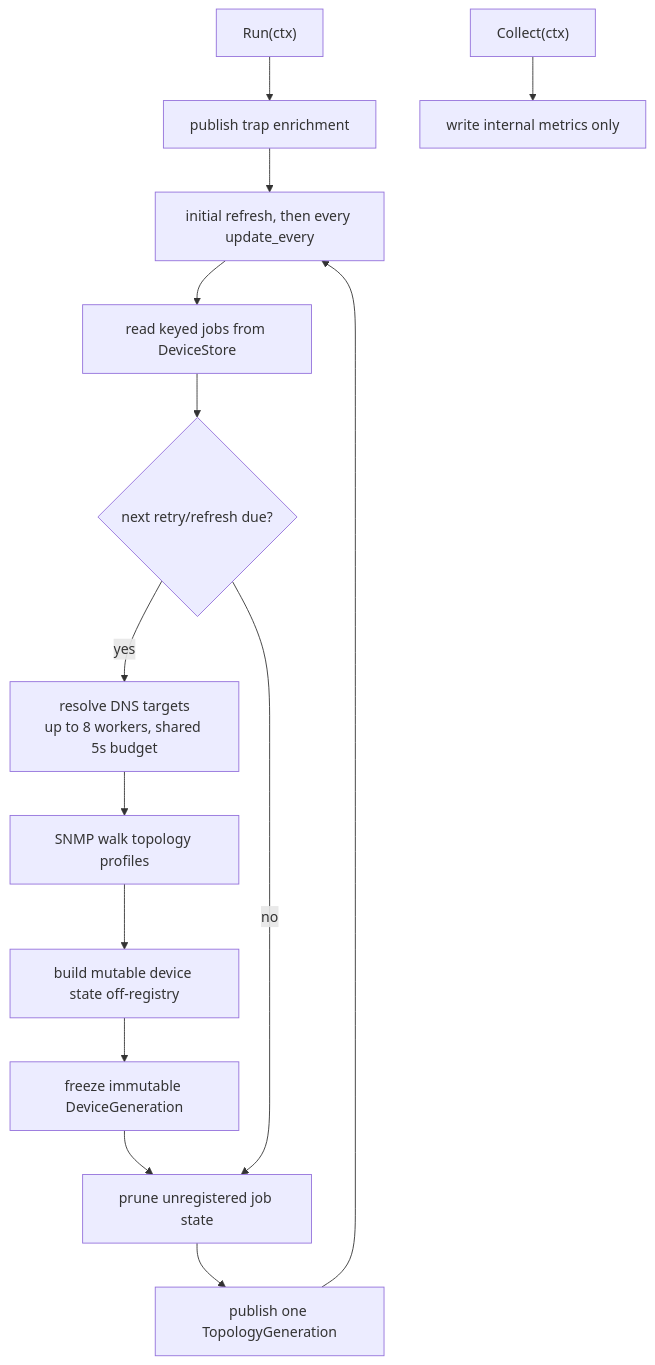
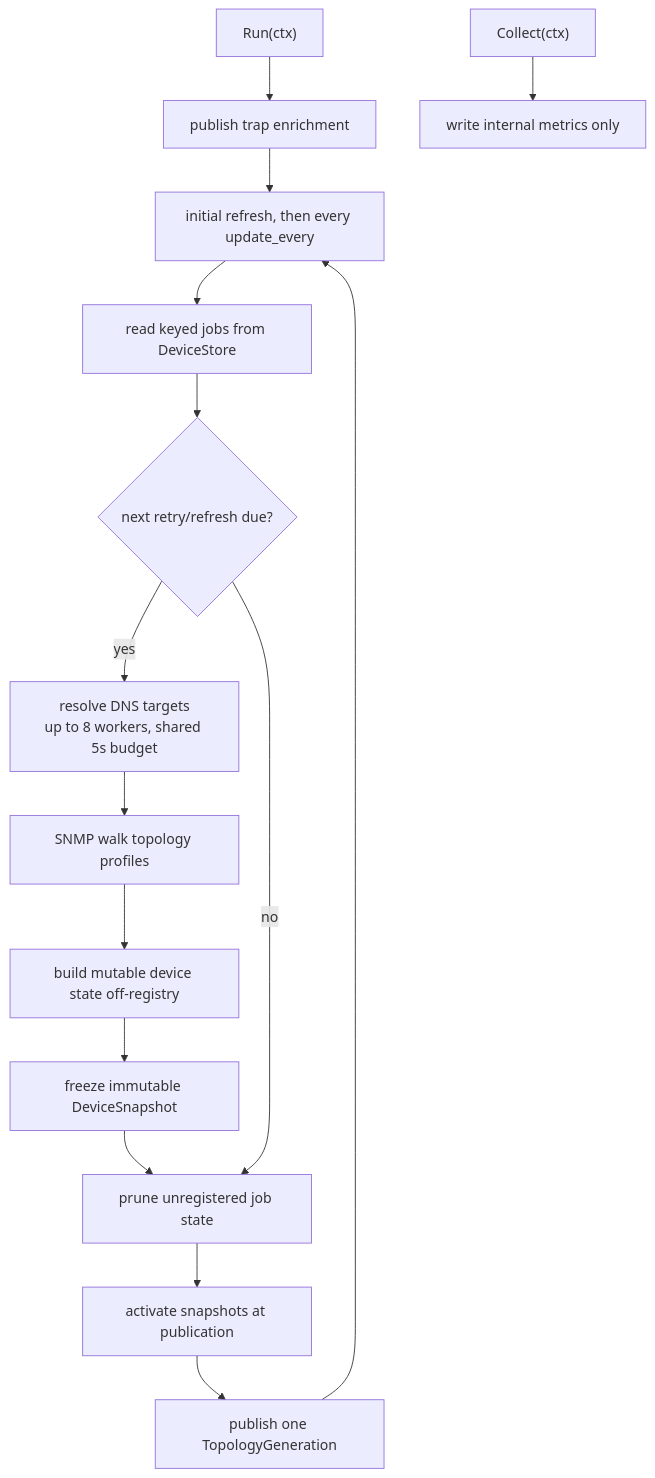
The second of 3 diagrams in src/go/plugin/go.d/collector/snmp_topology/ARCHITECTURE.md (netdata/netdata), drawn with Mermaid before and after one commit. The commit also changed other lines of this file and 11 other files, not shown here.

````diff
--- a/src/go/plugin/go.d/collector/snmp_topology/ARCHITECTURE.md
+++ b/src/go/plugin/go.d/collector/snmp_topology/ARCHITECTURE.md
@@ -67,21 +67,22 @@
 ```mermaid
 flowchart TD
     Run["Run(ctx)"]
     TrapPublish["publish trap enrichment"]
     Tick["initial refresh, then every update_every"]
     Devices["read keyed jobs from DeviceStore"]
     Fresh{"next retry/refresh due?"}
     Resolve["resolve DNS targets<br/>up to 8 workers, shared 5s budget"]
     Walk["SNMP walk topology profiles"]
     Next["build mutable device state off-registry"]
-    Freeze["freeze immutable DeviceGeneration"]
+    Freeze["freeze immutable DeviceSnapshot"]
+    Activate["activate snapshots at publication"]
     GenPublish["publish one TopologyGeneration"]
     Prune["prune unregistered job state"]
     Collect["Collect(ctx)"]
     Metrics["write internal metrics only"]
 
     Run --> TrapPublish --> Tick --> Devices --> Fresh
-    Fresh -->|"yes"| Resolve --> Walk --> Next --> Freeze --> Prune --> GenPublish --> Tick
+    Fresh -->|"yes"| Resolve --> Walk --> Next --> Freeze --> Prune --> Activate --> GenPublish --> Tick
     Fresh -->|"no"| Prune
     Collect --> Metrics
 ```
````
